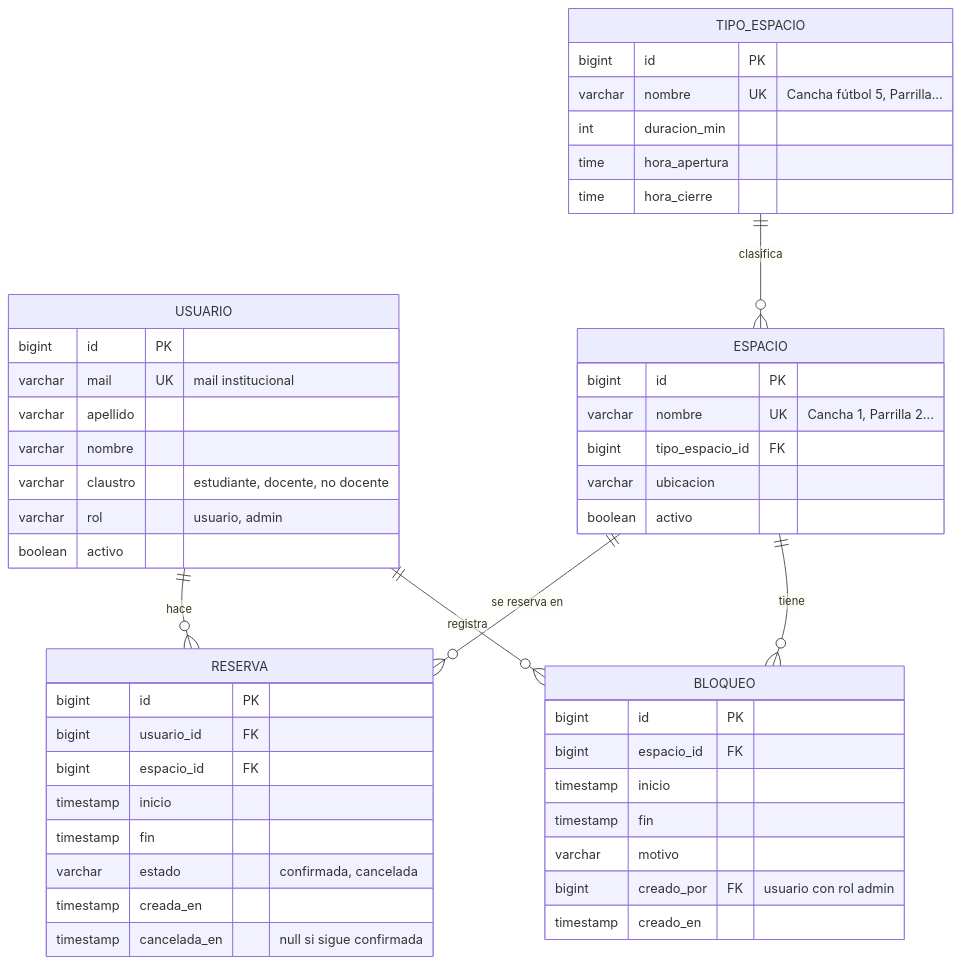
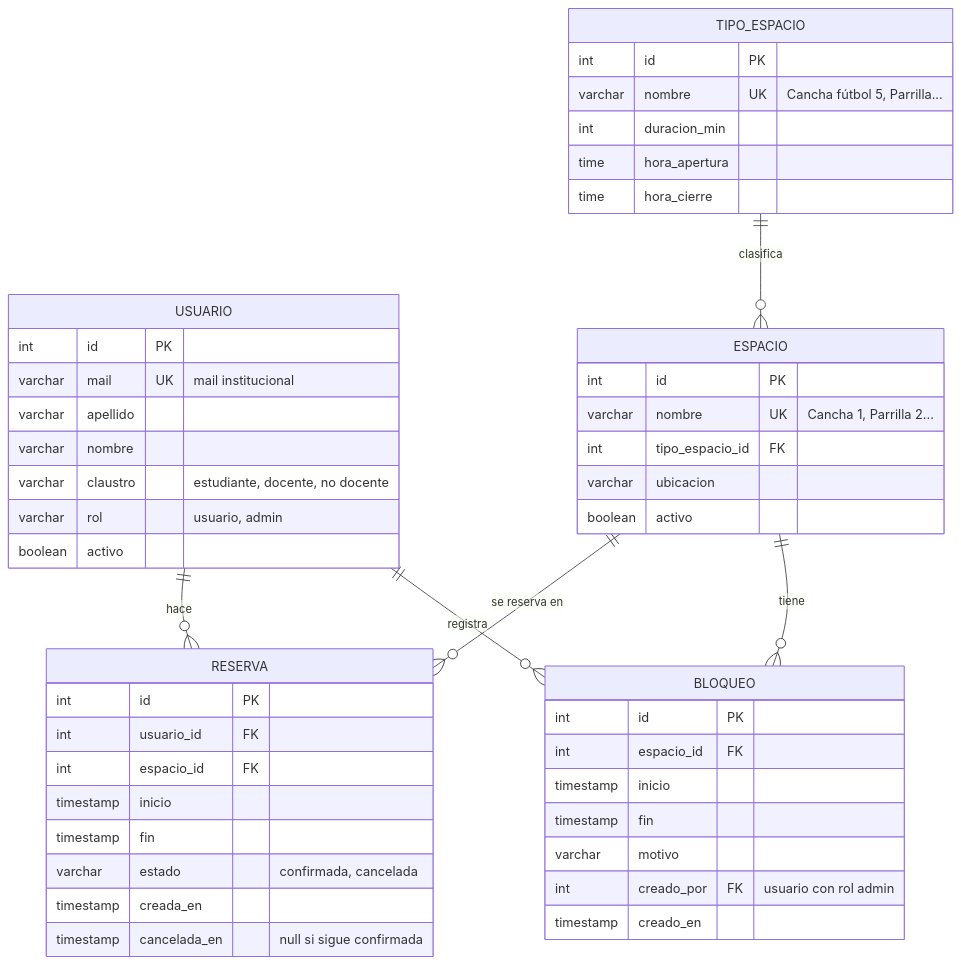
Before and after one commit to martu37/reservas-unsam: the diagram in documentacion/DER.md, drawn with Mermaid. The commit also changed other lines of this file and 15 other files, not shown here.

````diff
--- a/documentacion/DER.md
+++ b/documentacion/DER.md
@@ -3,55 +3,55 @@
 ```mermaid
 erDiagram
     USUARIO ||--o{ RESERVA : hace
     ESPACIO ||--o{ RESERVA : "se reserva en"
     TIPO_ESPACIO ||--o{ ESPACIO : clasifica
     ESPACIO ||--o{ BLOQUEO : tiene
     USUARIO ||--o{ BLOQUEO : registra
 
     USUARIO {
-        bigint id PK
+        int id PK
         varchar mail UK "mail institucional"
         varchar apellido
         varchar nombre
         varchar claustro "estudiante, docente, no docente"
         varchar rol "usuario, admin"
         boolean activo
     }
 
     TIPO_ESPACIO {
-        bigint id PK
+        int id PK
         varchar nombre UK "Cancha fútbol 5, Parrilla..."
         int duracion_min
         time hora_apertura
         time hora_cierre
     }
 
     ESPACIO {
-        bigint id PK
+        int id PK
         varchar nombre UK "Cancha 1, Parrilla 2..."
-        bigint tipo_espacio_id FK
+        int tipo_espacio_id FK
         varchar ubicacion
         boolean activo
     }
 
     RESERVA {
-        bigint id PK
-        bigint usuario_id FK
-        bigint espacio_id FK
+        int id PK
+        int usuario_id FK
+        int espacio_id FK
         timestamp inicio
         timestamp fin
         varchar estado "confirmada, cancelada"
         timestamp creada_en
         timestamp cancelada_en "null si sigue confirmada"
     }
 
     BLOQUEO {
-        bigint id PK
-        bigint espacio_id FK
+        int id PK
+        int espacio_id FK
         timestamp inicio
         timestamp fin
         varchar motivo
-        bigint creado_por FK "usuario con rol admin"
+        int creado_por FK "usuario con rol admin"
         timestamp creado_en
     }
 ```
````
